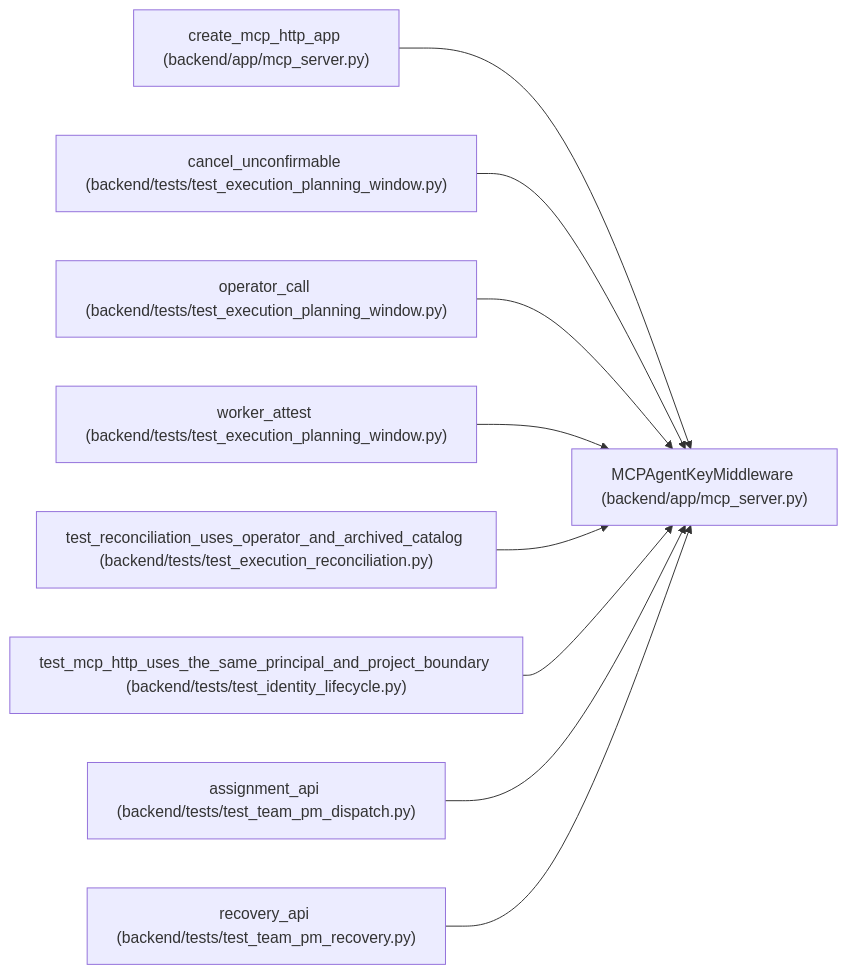
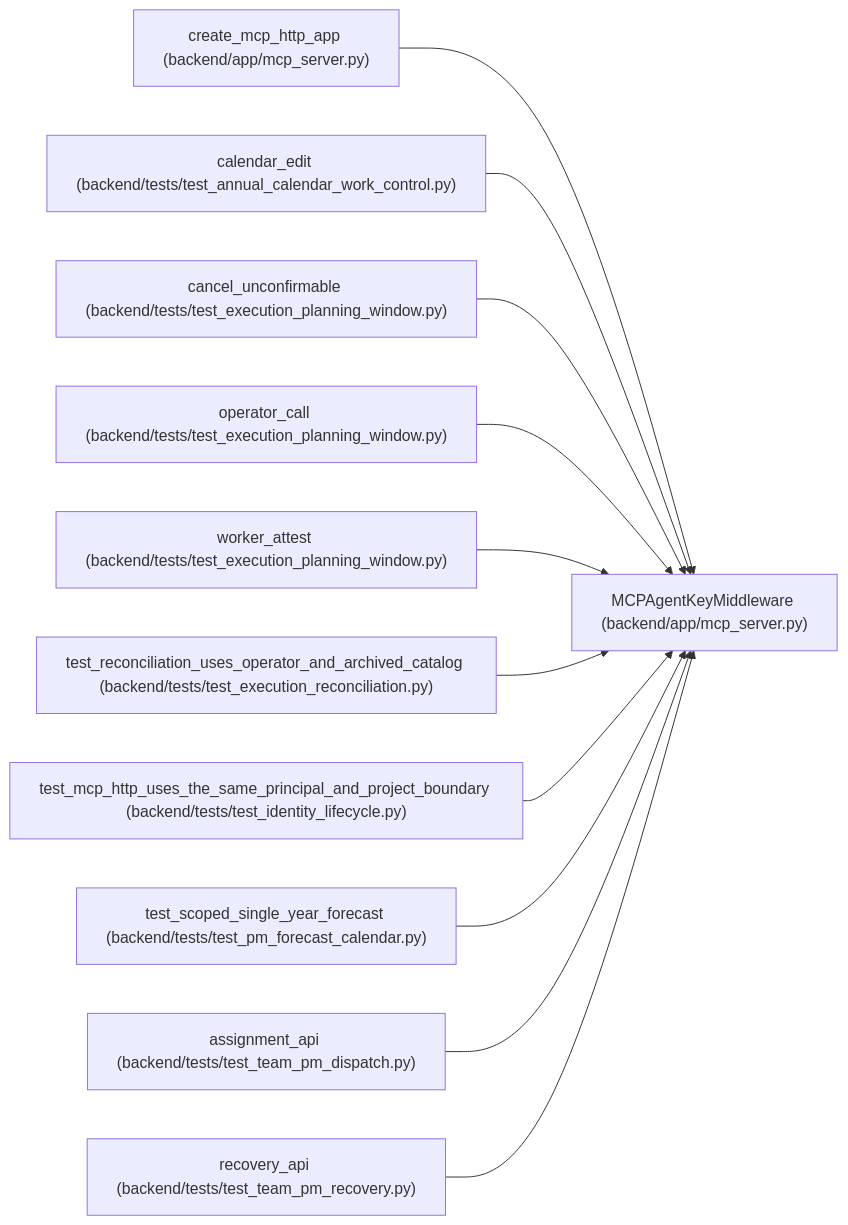
One commit to Denissvgn/WorkChord changed the diagram in docs/llm_wiki/entities/MCPAgentKeyMiddleware.md. Above: the diagram before and after it, drawn with Mermaid. The commit also changed other lines of this file and 920 other files, not shown here.

Commit message:
Document explicit annual calendars and forecast ownership

````diff
--- a/docs/llm_wiki/entities/MCPAgentKeyMiddleware.md
+++ b/docs/llm_wiki/entities/MCPAgentKeyMiddleware.md
@@ -26,29 +26,35 @@
 ```mermaid
 flowchart LR
     n0["MCPAgentKeyMiddleware (backend/app/mcp_server.py)"]
     n1["create_mcp_http_app (backend/app/mcp_server.py)"]
-    n2["cancel_unconfirmable (backend/tests/test_execution_planning_window.py)"]
-    n3["operator_call (backend/tests/test_execution_planning_window.py)"]
-    n4["worker_attest (backend/tests/test_execution_planning_window.py)"]
-    n5["test_reconciliation_uses_operator_and_archived_catalog (backend/tests/test_execution_reconciliation.py)"]
-    n6["test_mcp_http_uses_the_same_principal_and_project_boundary (backend/tests/test_identity_lifecycle.py)"]
-    n7["assignment_api (backend/tests/test_team_pm_dispatch.py)"]
-    n8["recovery_api (backend/tests/test_team_pm_recovery.py)"]
+    n2["calendar_edit (backend/tests/test_annual_calendar_work_control.py)"]
+    n3["cancel_unconfirmable (backend/tests/test_execution_planning_window.py)"]
+    n4["operator_call (backend/tests/test_execution_planning_window.py)"]
+    n5["worker_attest (backend/tests/test_execution_planning_window.py)"]
+    n6["test_reconciliation_uses_operator_and_archived_catalog (backend/tests/test_execution_reconciliation.py)"]
+    n7["test_mcp_http_uses_the_same_principal_and_project_boundary (backend/tests/test_identity_lifecycle.py)"]
+    n8["test_scoped_single_year_forecast (backend/tests/test_pm_forecast_calendar.py)"]
+    n9["assignment_api (backend/tests/test_team_pm_dispatch.py)"]
+    n10["recovery_api (backend/tests/test_team_pm_recovery.py)"]
     n1 --> n0
     n2 --> n0
     n3 --> n0
     n4 --> n0
     n5 --> n0
     n6 --> n0
     n7 --> n0
     n8 --> n0
+    n9 --> n0
+    n10 --> n0
     click n0 "../modules/mcp_server.md"
     click n1 "../modules/mcp_server.md"
-    click n2 "../modules/test_execution_planning_window.md"
+    click n2 "../modules/test_annual_calendar_work_control.md"
     click n3 "../modules/test_execution_planning_window.md"
     click n4 "../modules/test_execution_planning_window.md"
-    click n5 "../modules/test_execution_reconciliation.md"
-    click n6 "../modules/test_identity_lifecycle.md"
-    click n7 "../modules/test_team_pm_dispatch.md"
-    click n8 "../modules/test_team_pm_recovery.md"
+    click n5 "../modules/test_execution_planning_window.md"
+    click n6 "../modules/test_execution_reconciliation.md"
+    click n7 "../modules/test_identity_lifecycle.md"
+    click n8 "../modules/test_pm_forecast_calendar.md"
+    click n9 "../modules/test_team_pm_dispatch.md"
+    click n10 "../modules/test_team_pm_recovery.md"
 ```
````
